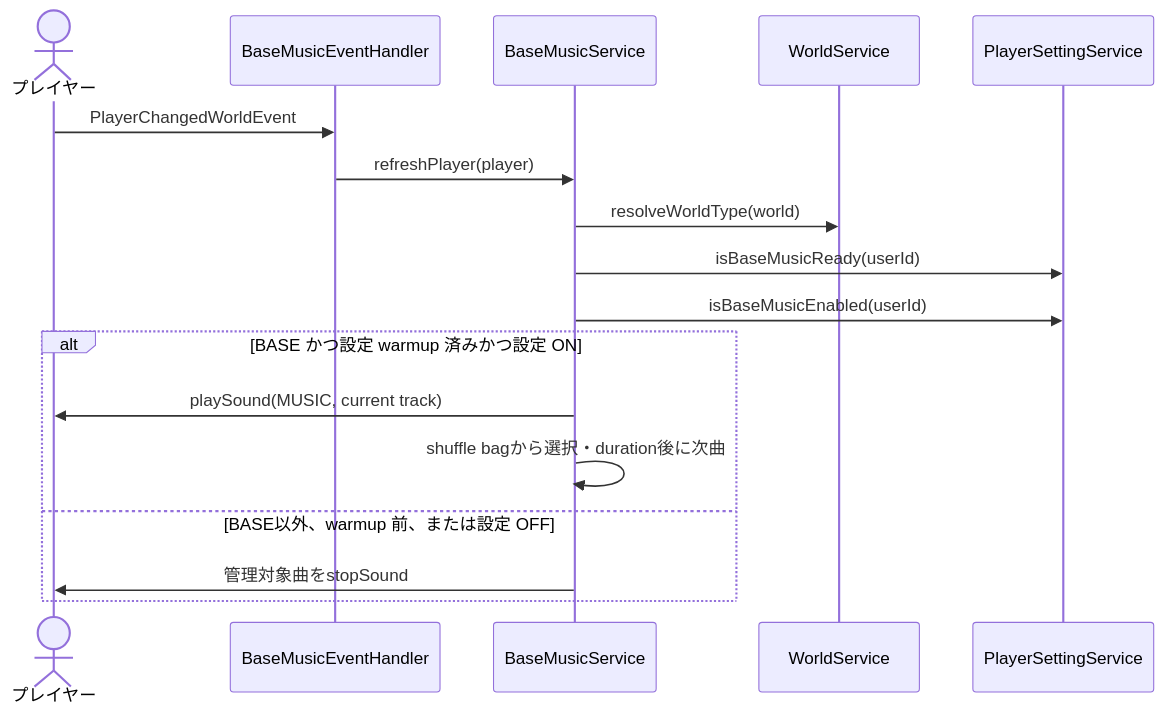
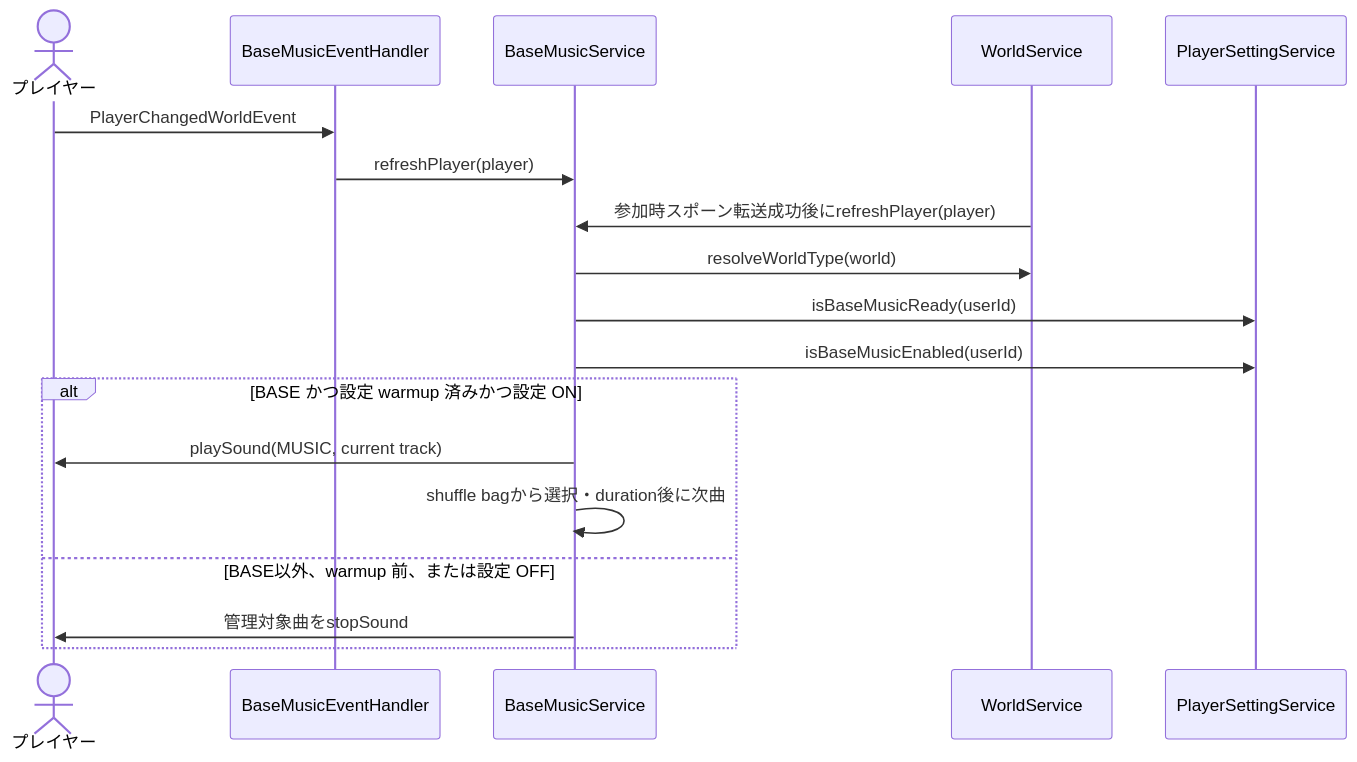
The fifth of 5 diagrams in 00_docs/10_Plugin設計書/feature/17-world/17_4-統合フロー.md (maaasu/AstralRecord-Workspace), drawn with Mermaid before and after one commit. The commit also changed other lines of this file and 6 other files, not shown here.

````diff
--- a/00_docs/10_Plugin設計書/feature/17-world/17_4-統合フロー.md
+++ b/00_docs/10_Plugin設計書/feature/17-world/17_4-統合フロー.md
@@ -139,19 +139,20 @@
 ```mermaid
 sequenceDiagram
     actor Player as プレイヤー
     participant Event as BaseMusicEventHandler
     participant Music as BaseMusicService
     participant World as WorldService
     participant Setting as PlayerSettingService
     Player->>Event: PlayerChangedWorldEvent
     Event->>Music: refreshPlayer(player)
+    World->>Music: 参加時スポーン転送成功後にrefreshPlayer(player)
     Music->>World: resolveWorldType(world)
     Music->>Setting: isBaseMusicReady(userId)
     Music->>Setting: isBaseMusicEnabled(userId)
     alt BASE かつ設定 warmup 済みかつ設定 ON
         Music->>Player: playSound(MUSIC, current track)
         Music->>Music: shuffle bagから選択・duration後に次曲
     else BASE以外、warmup 前、または設定 OFF
         Music->>Player: 管理対象曲をstopSound
     end
 ```
````
